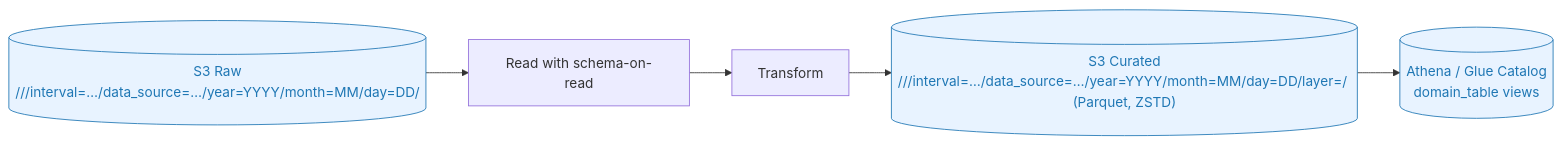
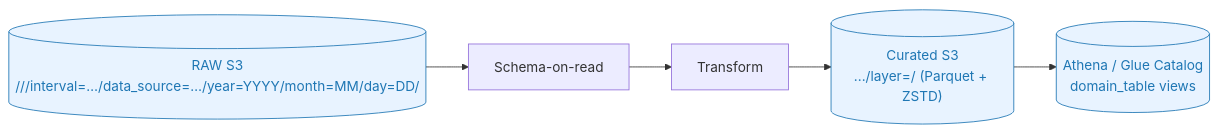
One commit to keemgdeok/fin-forge-pipeline changed the first of 2 diagrams in docs/diagrams/transform/07-io-and-schema.md. Above: the diagram before and after it, drawn with Mermaid. The commit also changed other lines of this file and 17 other files, not shown here.

Commit message:
feat: update transform docs/diagram

````diff
--- a/docs/diagrams/transform/07-io-and-schema.md
+++ b/docs/diagrams/transform/07-io-and-schema.md
@@ -3,10 +3,10 @@
 ```mermaid
 flowchart LR
-  RAW[("S3 Raw<br/>/<domain>/<table>/interval=…/data_source=…/year=YYYY/month=MM/day=DD/")] --> READ["Read with schema-on-read"]
+  RAW[("RAW S3<br/>/<domain>/<table>/interval=…/data_source=…/year=YYYY/month=MM/day=DD/")] --> READ["Schema-on-read"]
   READ --> XFORM["Transform"]
-  XFORM --> CUR[("S3 Curated<br/>/<domain>/<table>/interval=…/data_source=…/year=YYYY/month=MM/day=DD/layer=<name>/ (Parquet, ZSTD)")]
+  XFORM --> CUR[("Curated S3<br/>.../layer=<name>/ (Parquet + ZSTD)")]
   CUR --> ATH[("Athena / Glue Catalog<br/>domain_table views")]
 
   classDef store fill:#e8f3ff,stroke:#1f77b4,color:#1f77b4;
   class RAW,CUR,ATH store;
 ```
````
